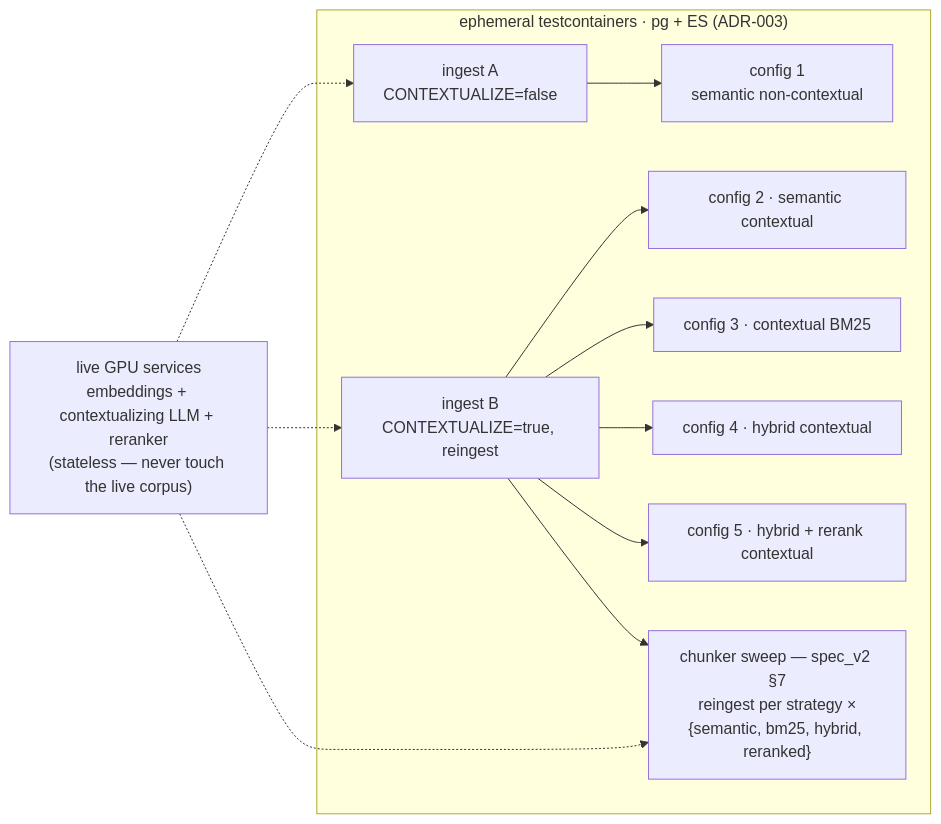
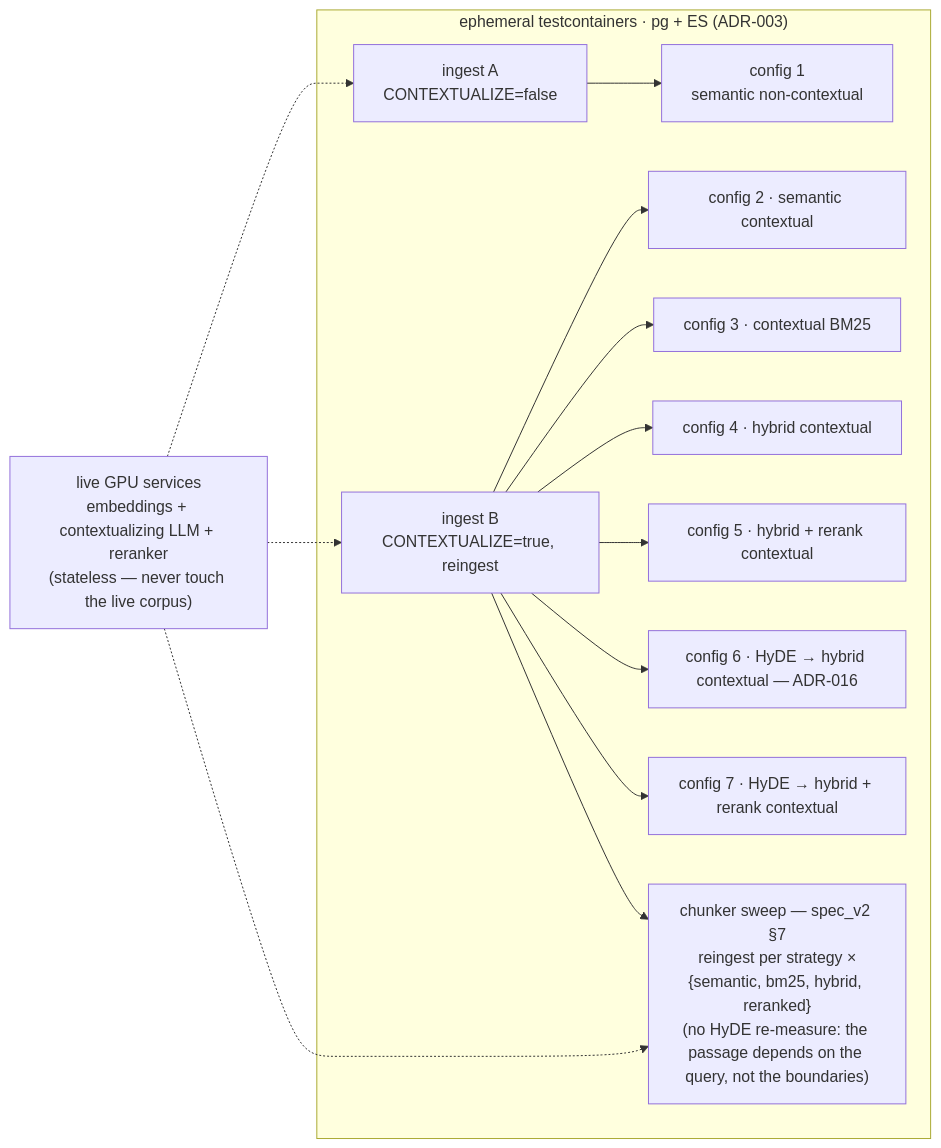
The third of 3 diagrams in golden-docs/pipelines.md (luisegarduno/varagity), drawn with Mermaid before and after one commit. The commit also changed other lines of this file and 29 other files, not shown here.

````diff
--- a/golden-docs/pipelines.md
+++ b/golden-docs/pipelines.md
@@ -270,17 +287,19 @@
 ```mermaid
 flowchart LR
     gpu["live GPU services<br/>embeddings + contextualizing LLM + reranker<br/>(stateless — never touch the live corpus)"]
 
     subgraph tc["ephemeral testcontainers · pg + ES (ADR-003)"]
         A["ingest A<br/>CONTEXTUALIZE=false"] --> c1["config 1<br/>semantic non-contextual"]
         B["ingest B<br/>CONTEXTUALIZE=true, reingest"] --> c2["config 2 · semantic contextual"]
         B --> c3["config 3 · contextual BM25"]
         B --> c4["config 4 · hybrid contextual"]
         B --> c5["config 5 · hybrid + rerank contextual"]
-        B --> sweep["chunker sweep — spec_v2 §7<br/>reingest per strategy ×<br/>{semantic, bm25, hybrid, reranked}"]
+        B --> c6["config 6 · HyDE → hybrid contextual — ADR-016"]
+        B --> c7["config 7 · HyDE → hybrid + rerank contextual"]
+        B --> sweep["chunker sweep — spec_v2 §7<br/>reingest per strategy ×<br/>{semantic, bm25, hybrid, reranked}<br/>(no HyDE re-measure: the passage depends on the query, not the boundaries)"]
     end
 
     gpu -.-> A
     gpu -.-> B
     gpu -.-> sweep
 ```
````
